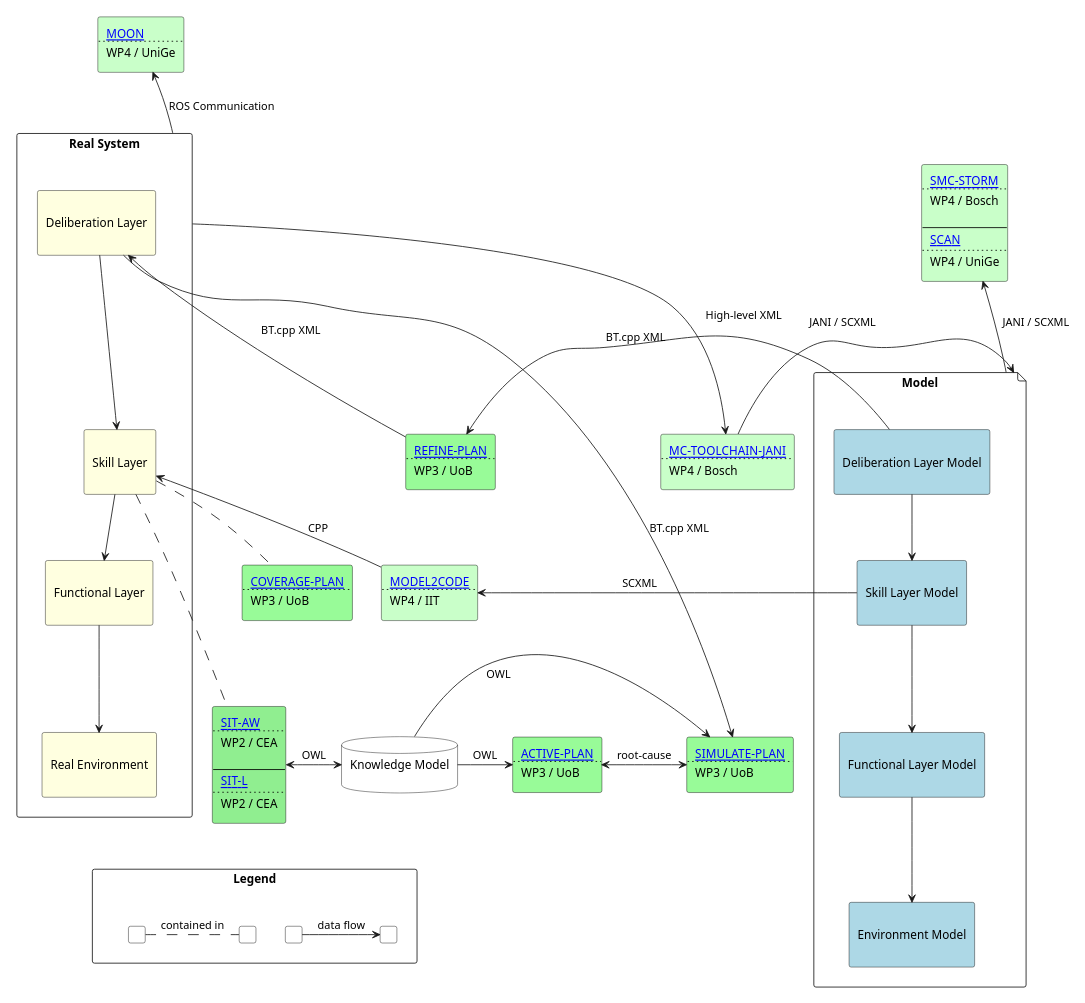
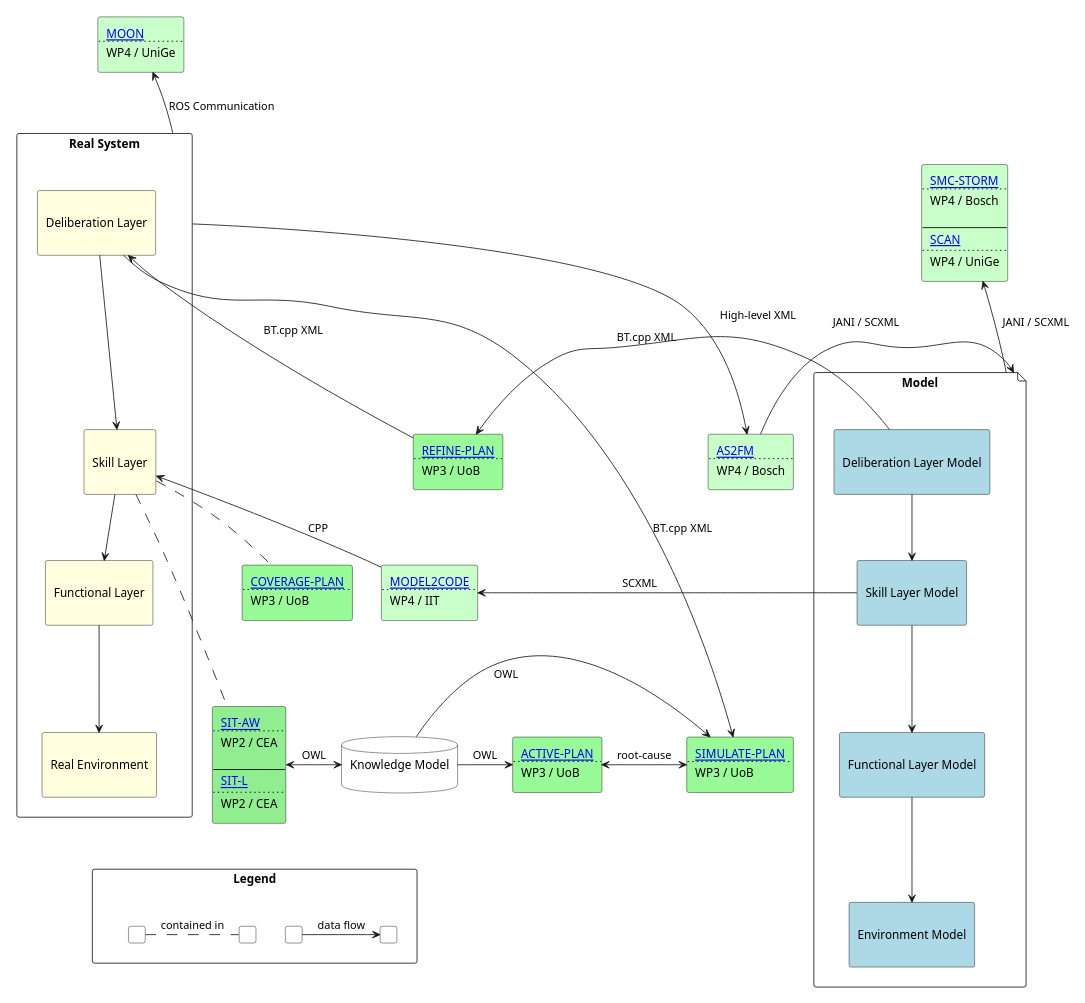
One commit to convince-project/overview changed the diagram in docs/source/overview.plantuml. Above: the diagram before and after it, drawn with PlantUML. The commit also changed 1 other file, not shown here.

```diff
--- a/docs/source/overview.plantuml
+++ b/docs/source/overview.plantuml
@@ -1,148 +1,148 @@
 @startuml overview
 scale 700 width
 
 skinparam agent {
     BackgroundColor White
     BorderColor Black
 }
 skinparam database {
     BackgroundColor White
     BorderColor Black
 }
 
 rectangle "Real System" as r {
     agent "\nDeliberation Layer\n" as rdelib #LightYellow
     agent "\nSkill Layer\n" as rskill #LightYellow
     agent "\nFunctional Layer\n" as rfunc #LightYellow
     agent "\nReal Environment\n" as renv #LightYellow
 
     rdelib --> rskill
     rskill --> rfunc
     rfunc --> renv
 }
 
 file "Model" as m {
     agent "\nDeliberation Layer Model\n" as mdelib #LightBlue
     agent "\nSkill Layer Model\n" as mskill #LightBlue
     agent "\nFunctional Layer Model\n" as mfunc #LightBlue
     agent "\nEnvironment Model\n" as menv #LightBlue
 
     mdelib --> mskill
     mskill --> mfunc
     mfunc --> menv
 }
 
 database "Knowledge Model\n" as k 
 
 ' WP2
 
 agent sitaw #LightGreen [
 [[https://convince-project.github.io/overview/#sit-aw SIT-AW]]
 ....
 WP2 / CEA
 
 ----
 [[https://convince-project.github.io/overview/#id1 SIT-L]]
 ....
 WP2 / CEA
 ]
 ' }
 
 renv -[hidden]> sitaw
 rskill .. sitaw
 sitaw <-> k : OWL
 
 
 ' WP3
 
 agent refineplan #PaleGreen [
 [[https://convince-project.github.io/overview/#refine-plan REFINE-PLAN]]
 ....
 WP3 / UoB
 ] 
 agent coverageplan #PaleGreen [
 [[https://convince-project.github.io/overview/#coverage-plan COVERAGE-PLAN]]
 ....
 WP3 / UoB
 ]
 agent activeplan #PaleGreen [
 [[https://convince-project.github.io/overview/#active-plan-and-simulate-plan ACTIVE-PLAN]]
 ....
 WP3 / UoB
 ] 
 agent simulateplan #PaleGreen [
 [[https://convince-project.github.io/overview/#active-plan-and-simulate-plan SIMULATE-PLAN]]
 ....
 WP3 / UoB
 ] 
 
 rskill .. coverageplan
 rfunc -[hidden]> coverageplan
 activeplan <-> simulateplan : root-cause
 mdelib -> refineplan : "\nBT.cpp XML"
 refineplan -> rdelib : "BT.cpp XML"
 rdelib -> simulateplan : "BT.cpp XML"
 k -> simulateplan : "\nOWL"
 k -> activeplan : OWL
 
 ' WP4
 
 agent moon #TECHNOLOGY [
 [[https://convince-project.github.io/overview/#moon MOON]]
 ....
 WP4 / UniGe
 ]
 ' ]
 agent stormscan #TECHNOLOGY [
 [[https://convince-project.github.io/overview/#smc-storm SMC-STORM]]
 ....
 WP4 / Bosch
 
 ----
 [[https://convince-project.github.io/overview/#scan SCAN]]
 ....
 WP4 / UniGe
 ]
 agent jani #TECHNOLOGY [
-[[https://convince-project.github.io/overview/#mc-toolchain-jani MC-TOOLCHAIN-JANI]]
+[[https://convince-project.github.io/overview/#as2fm AS2FM]]
 ....
 WP4 / Bosch
 ]
 agent modeltocode #TECHNOLOGY [
 [[https://convince-project.github.io/overview/#model2code MODEL2CODE]]
 ....
 WP4 / IIT
 ]
 
 moon -[hidden]-> rdelib
 moon <-- r : ROS Communication
 
 stormscan -[hidden]-> mdelib
 stormscan <-- m : "JANI / SCXML\n"
 
 r -> jani : "High-level XML\n\n"
 jani -> m : "JANI / SCXML\n"
 rskill <- modeltocode : "CPP"
 modeltocode <- mskill : "SCXML\t\t\t"
 coverageplan -[hidden]> modeltocode
 
 refineplan -[hidden]-> modeltocode
 
 
 rectangle Legend as legend {
     agent a [
     ]
     agent b [
     ]
     a -> b : "data flow"
 
     agent c [
     ]
     agent d [
     ]
     c . d : "contained in"
 }
 
 renv -[hidden]-> legend
 
 @enduml
```
